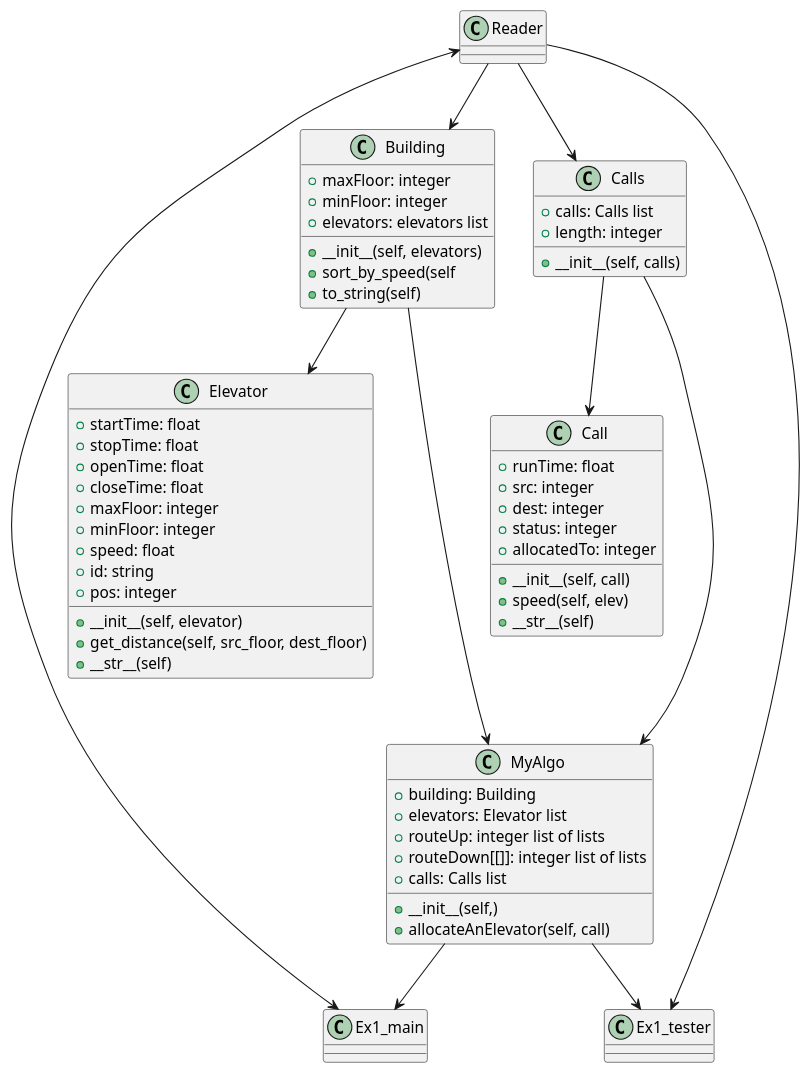
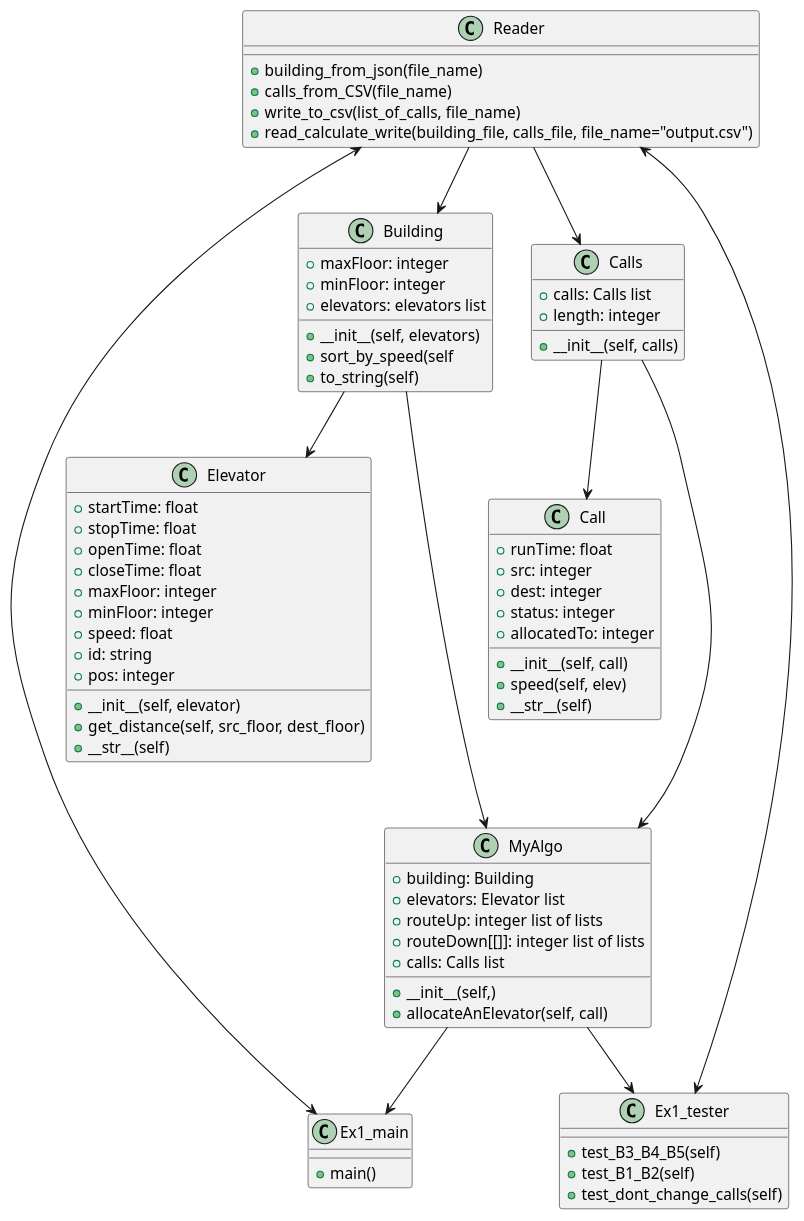
Before and after one commit to netanellevine/SmartElevatorAlgorithm-Python: the diagram in Smart Elevator UML.puml, drawn with PlantUML.

```diff
--- a/Smart Elevator UML.puml
+++ b/Smart Elevator UML.puml
@@ -1,74 +1,89 @@
 @startuml
 class Building {
 +maxFloor: integer
 +minFloor: integer
 +elevators: elevators list
 +__init__(self, elevators)
 +sort_by_speed(self
 +to_string(self)
 }
 
 
 class Elevator{
 +startTime: float
 +stopTime: float
 +openTime: float
 +closeTime: float
 +maxFloor: integer
 +minFloor: integer
 +speed: float
 +id: string
 +pos: integer
 +__init__(self, elevator)
 +get_distance(self, src_floor, dest_floor)
 +__str__(self)
 }
 
 
 class Call{
 +runTime: float
 +src: integer
 +dest: integer
 +status: integer
 +allocatedTo: integer
 +__init__(self, call)
 +speed(self, elev)
 +__str__(self)
 }
 
 
 class Calls{
 +calls: Calls list
 +length: integer
 +__init__(self, calls)
 }
 
 
-class Reader{}
-class Ex1_main{}
-class Ex1_tester{}
+class Reader{
++building_from_json(file_name)
++calls_from_CSV(file_name)
++write_to_csv(list_of_calls, file_name)
++read_calculate_write(building_file, calls_file, file_name="output.csv")
+}
+
+
+class Ex1_main{
++main()
+}
+
+
+class Ex1_tester{
++test_B3_B4_B5(self)
++test_B1_B2(self)
++test_dont_change_calls(self)
+}
 
 
 class MyAlgo {
 +building: Building
 +elevators: Elevator list
 +routeUp: integer list of lists
 +routeDown[[]]: integer list of lists
 +calls: Calls list
 +__init__(self,)
 +allocateAnElevator(self, call)
     }
 
 Building --> Elevator
 Building ---> MyAlgo
 Calls --> Call
 Calls ---> MyAlgo
 MyAlgo --> Ex1_main
 MyAlgo --> Ex1_tester
 Reader --> Calls
 Reader --> Building
-Reader --> Ex1_tester
+Reader <--> Ex1_tester
 Reader <--> Ex1_main
 
 
 @endum
```
